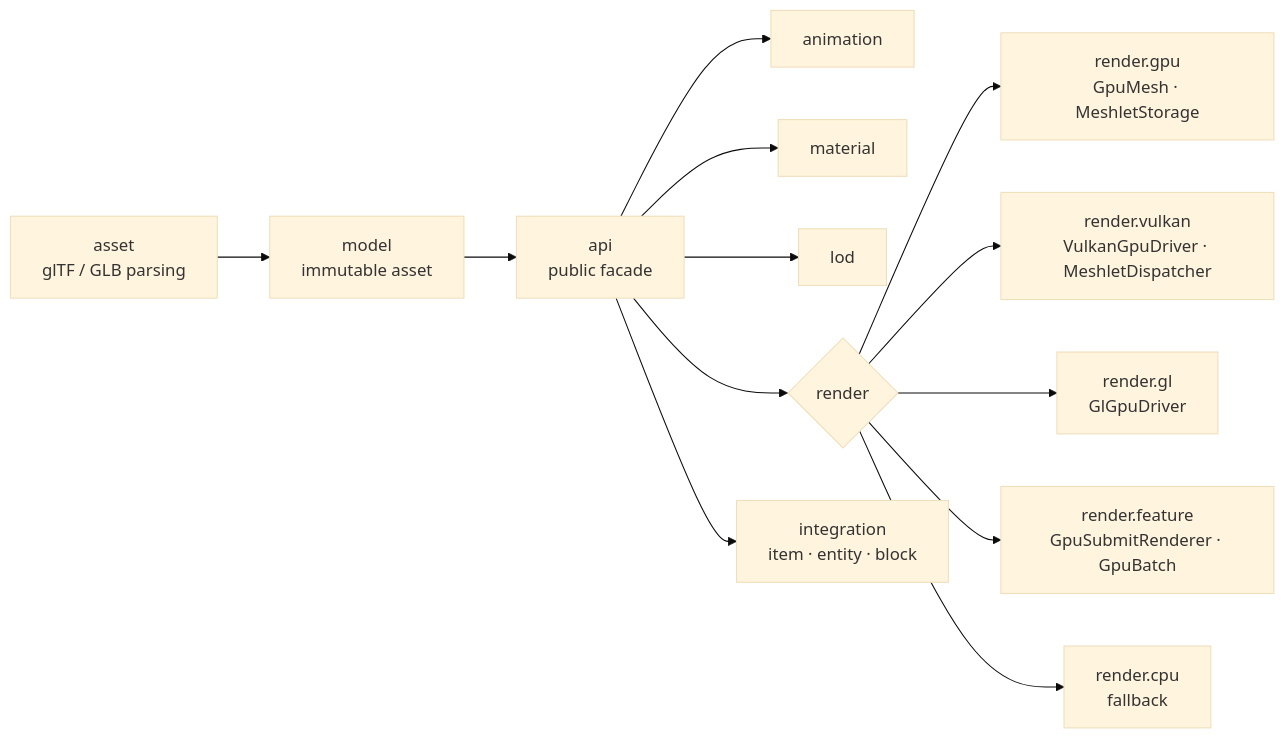
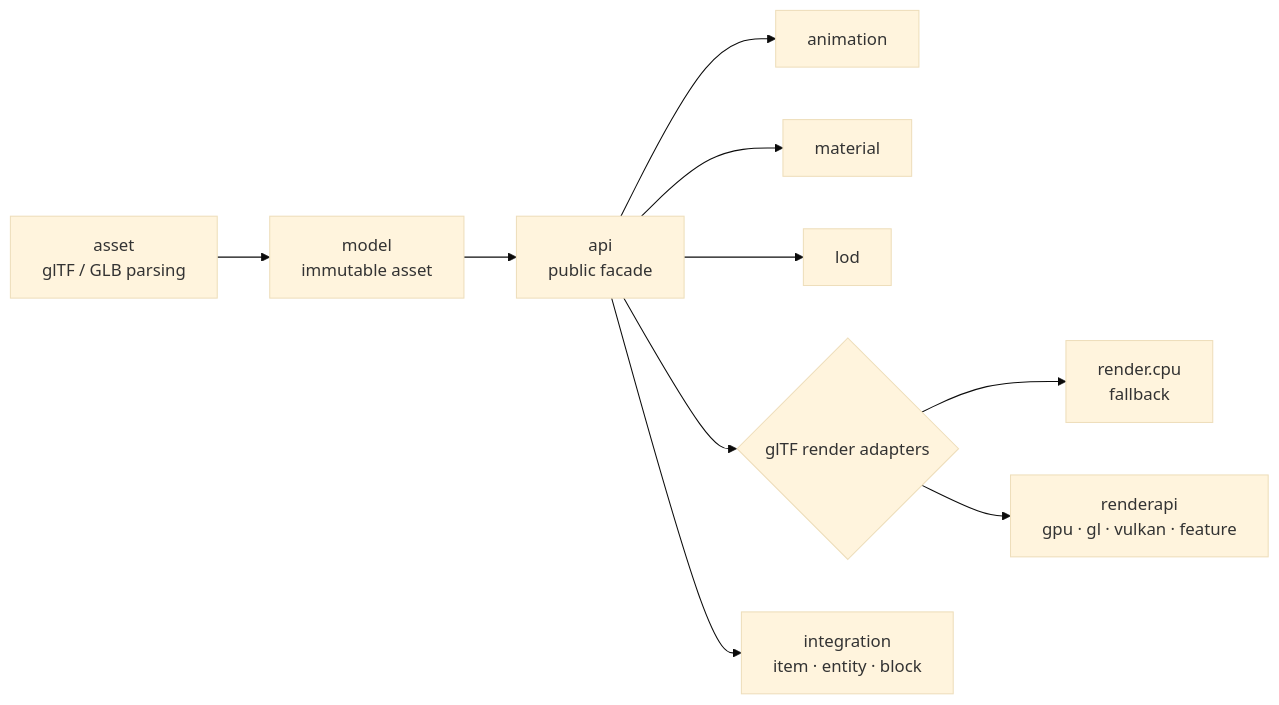
One commit to Micheanl/libglTF changed the diagram in README.md. Above: the diagram before and after it, drawn with Mermaid (base theme). The commit also changed other lines of this file and 84 other files, not shown here.

````diff
--- a/README.md
+++ b/README.md
@@ -131,15 +162,12 @@
 ```mermaid
 flowchart LR
     A["asset<br/>glTF / GLB parsing"] --> M["model<br/>immutable asset"]
     M --> API["api<br/>public facade"]
     API --> AN["animation"]
     API --> MAT["material"]
     API --> LOD["lod"]
-    API --> R{"render"}
-    R --> GPU["render.gpu<br/>GpuMesh · MeshletStorage"]
-    R --> VK["render.vulkan<br/>VulkanGpuDriver · MeshletDispatcher"]
-    R --> GL["render.gl<br/>GlGpuDriver"]
-    R --> F["render.feature<br/>GpuSubmitRenderer · GpuBatch"]
+    API --> R{"glTF render adapters"}
     R --> CPU["render.cpu<br/>fallback"]
+    R --> RA["renderapi<br/>gpu · gl · vulkan · feature"]
     API --> INT["integration<br/>item · entity · block"]
 ```
````
